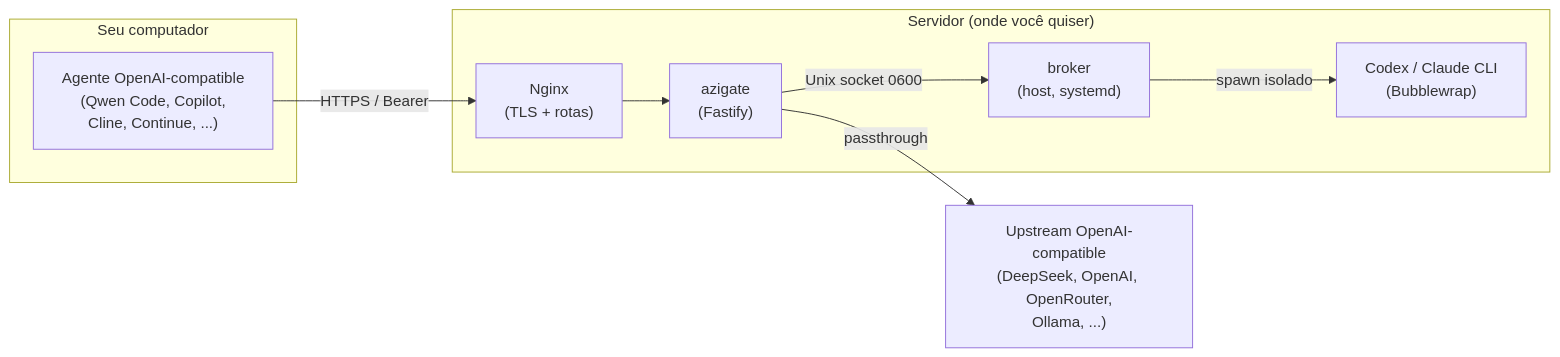
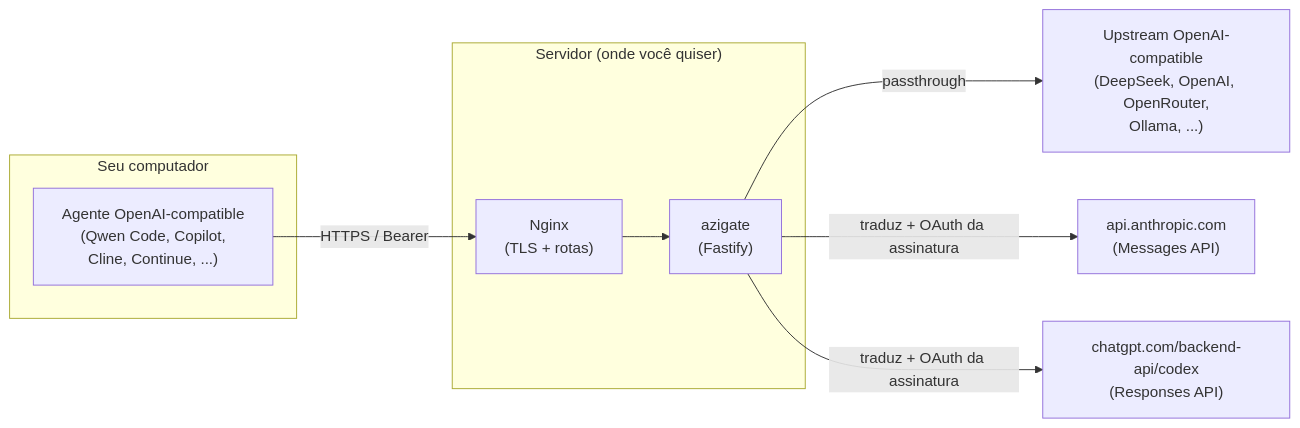
The first of 2 diagrams in README.md (Picolino66/azigate), drawn with Mermaid before and after one commit. The commit also changed other lines of this file and 99 other files, not shown here.

First line of the commit message:
feat: migra provedores CLI para adaptadores HTTP com OAuth

````diff
--- a/README.md
+++ b/README.md
@@ -31,19 +32,19 @@
 ```mermaid
 flowchart LR
     subgraph PC["Seu computador"]
         A["Agente OpenAI-compatible<br/>(Qwen Code, Copilot,<br/>Cline, Continue, ...)"]
     end
     subgraph SRV["Servidor (onde você quiser)"]
         N["Nginx<br/>(TLS + rotas)"]
         G["azigate<br/>(Fastify)"]
-        B["broker<br/>(host, systemd)"]
-        C["Codex / Claude CLI<br/>(Bubblewrap)"]
     end
     U["Upstream OpenAI-compatible<br/>(DeepSeek, OpenAI, OpenRouter,<br/>Ollama, ...)"]
+    AN["api.anthropic.com<br/>(Messages API)"]
+    CX["chatgpt.com/backend-api/codex<br/>(Responses API)"]
 
     A -- "HTTPS / Bearer" --> N
     N --> G
     G -- "passthrough" --> U
-    G -- "Unix socket 0600" --> B
-    B -- "spawn isolado" --> C
+    G -- "traduz + OAuth da assinatura" --> AN
+    G -- "traduz + OAuth da assinatura" --> CX
 ```
````
